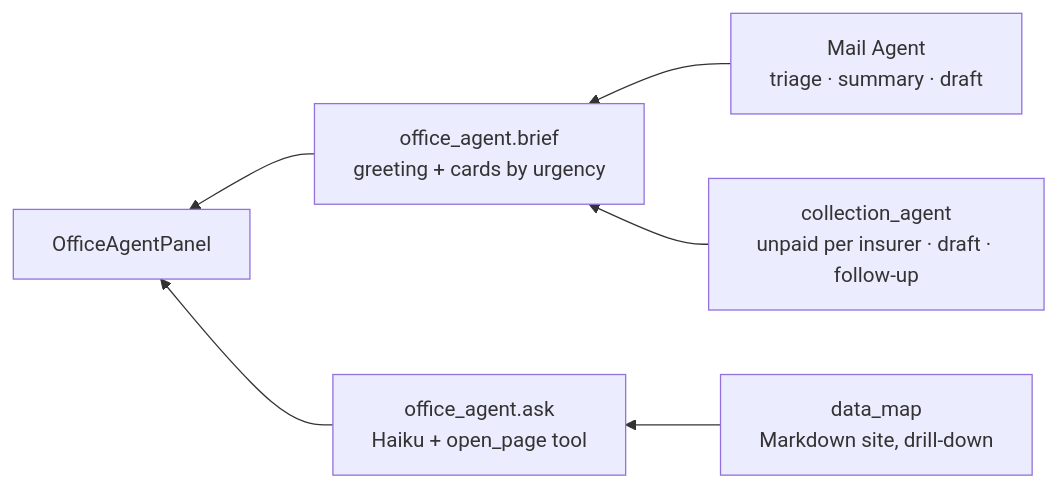
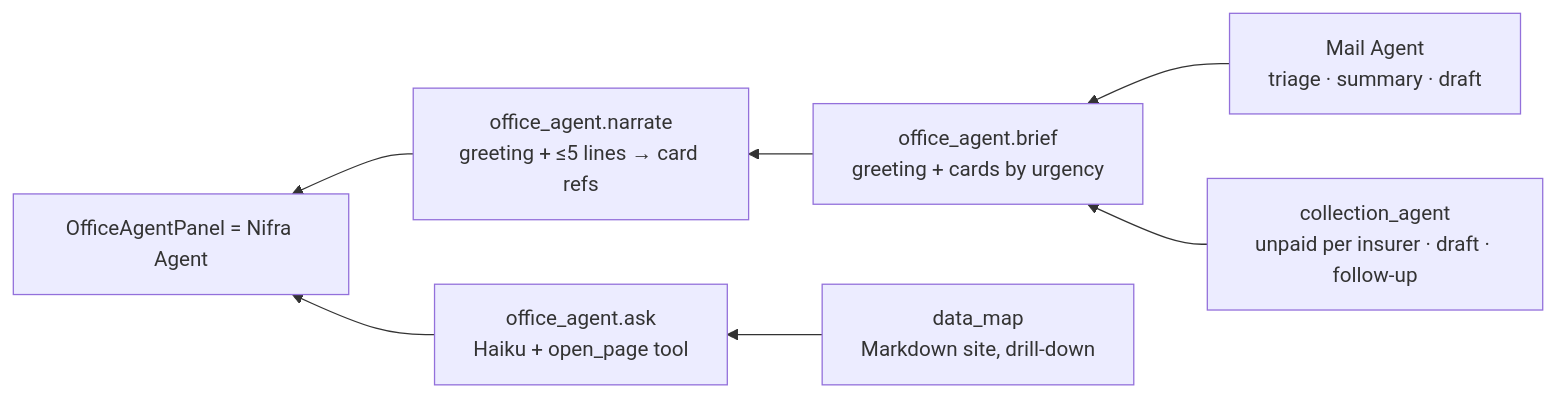
One commit to FSTGIAT/nifraim changed the seventh of 7 diagrams in docs/ARCHITECTURE.md. Above: the diagram before and after it, drawn with Mermaid. The commit also changed other lines of this file and 9 other files, not shown here.

First line of the commit message:
Nifra Agent: the office agent writes instead of showing tickets — greeting + ≤5 Haiku-narrated lines (/office-agent/narrate) streamed via AiStreamingText with one inline action per line; live ThinkingOrb icon replaces the envelope; aurora glass panel

````diff
--- a/docs/ARCHITECTURE.md
+++ b/docs/ARCHITECTURE.md
@@ -1237,8 +1237,9 @@
 ```mermaid
 flowchart RL
   MA[Mail Agent<br/>triage · summary · draft] --> OA[office_agent.brief<br/>greeting + cards by urgency]
   CA[collection_agent<br/>unpaid per insurer · draft · follow-up] --> OA
   DM[data_map<br/>Markdown site, drill-down] --> ASK[office_agent.ask<br/>Haiku + open_page tool]
-  OA --> UI[OfficeAgentPanel]
+  OA --> NR[office_agent.narrate<br/>greeting + ≤5 lines → card refs]
+  NR --> UI[OfficeAgentPanel = Nifra Agent]
   ASK --> UI
 ```
````
